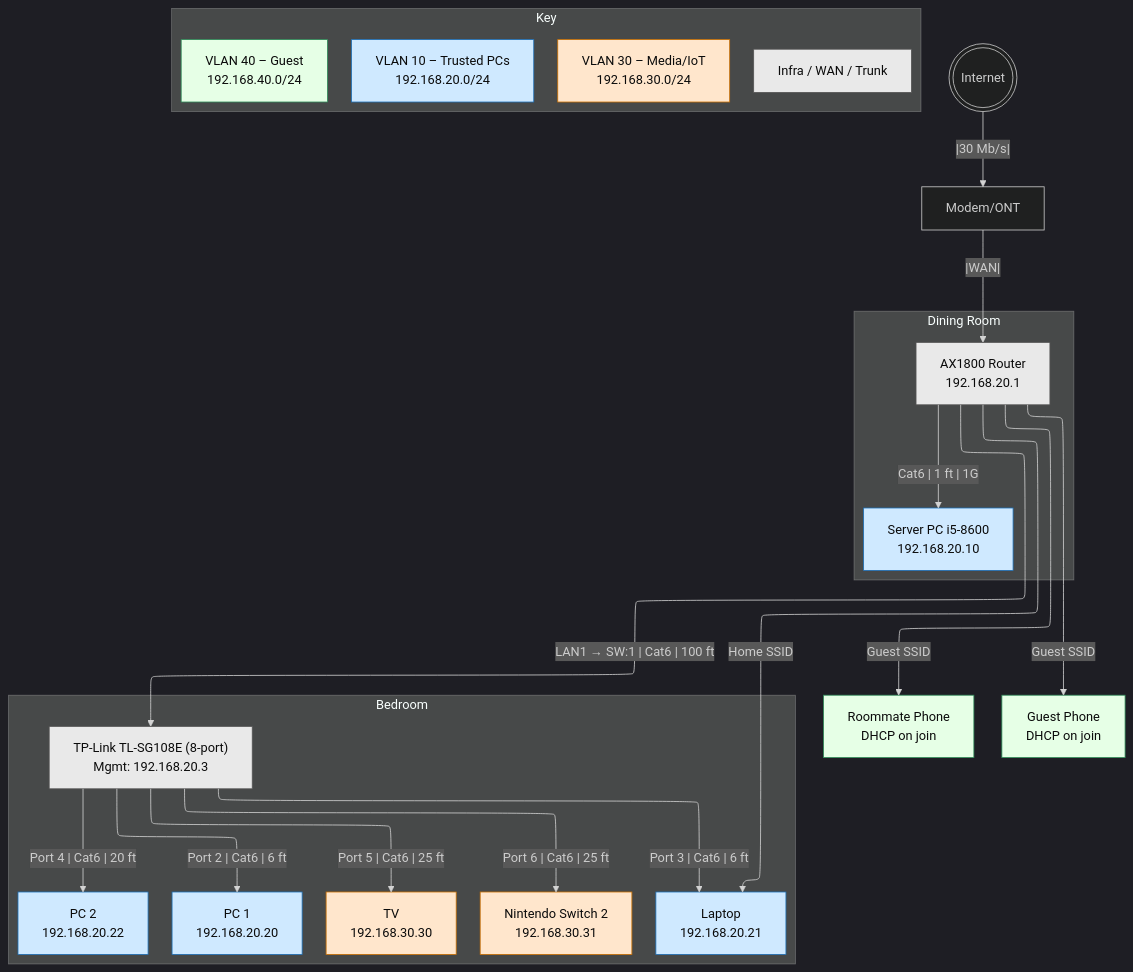
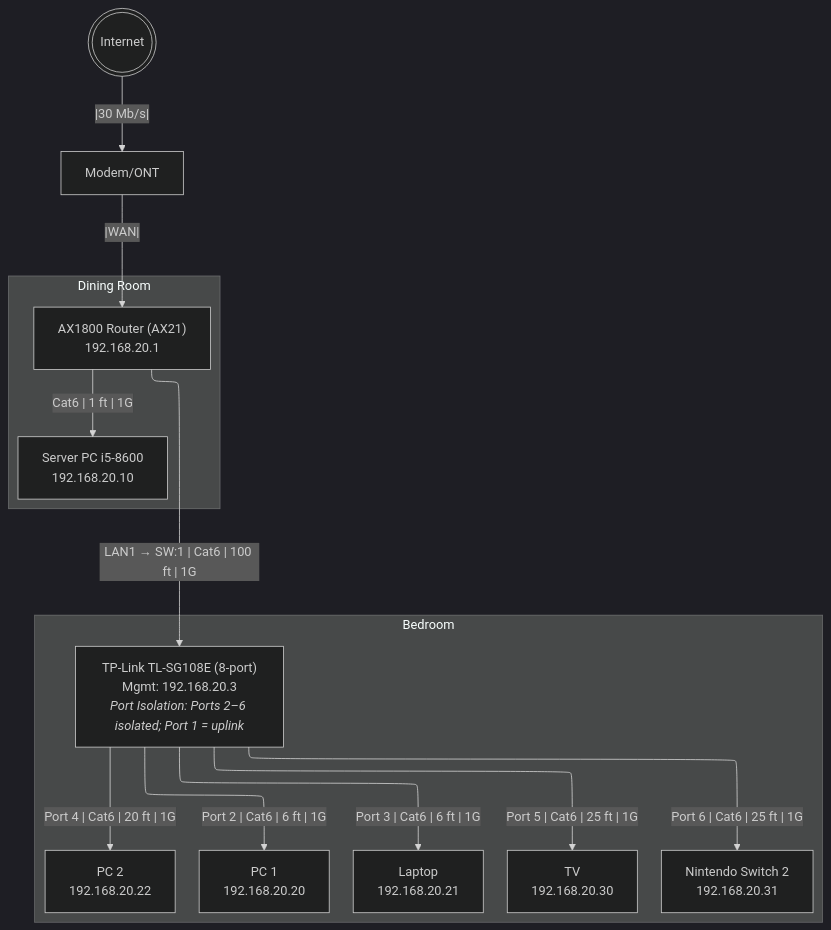
Before and after one commit to acageduser/Home-Lab: the diagram in Home Lab Network Map.md, drawn with Mermaid. The commit also changed other lines of this file, not shown here.

First line of the commit message:
Revise Home Lab Network Map and Documentation

````diff
--- a/Home Lab Network Map.md
+++ b/Home Lab Network Map.md
@@ -10,72 +6,36 @@
 ```mermaid
 ---
 config:
   theme: dark
   layout: elk
 ---
 flowchart TB
- subgraph LEGEND["Key"]
-        L10["VLAN 10 – Trusted PCs<br>192.168.20.0/24"]
-        L30["VLAN 30 – Media/IoT<br>192.168.30.0/24"]
-        L40["VLAN 40 – Guest<br>192.168.40.0/24"]
-        LINF["Infra / WAN / Trunk"]
- end
+  %% Core room
+  subgraph CORE["Dining Room"]
+    R["AX1800 Router (AX21)<br/>192.168.20.1"]
+    S["Server PC i5-8600<br/>192.168.20.10"]
+  end
 
- subgraph CORE["Dining Room"]
-        R["AX1800 Router<br>192.168.20.1"]
-        S["Server PC i5-8600<br>192.168.20.10"]
- end
+  %% Remote room
+  subgraph REMOTE["Bedroom"]
+    SW["TP-Link TL-SG108E (8-port)<br/>Mgmt: 192.168.20.3<br/><i>Port Isolation: Ports 2–6 isolated; Port 1 = uplink</i>"]
+    P1["PC 1<br/>192.168.20.20"]
+    L1["Laptop<br/>192.168.20.21"]
+    P2["PC 2<br/>192.168.20.22"]
+    TV["TV<br/>192.168.20.30"]
+    NS["Nintendo Switch 2<br/>192.168.20.31"]
+  end
 
- subgraph REMOTE["Bedroom"]
-        SW["TP-Link TL-SG108E (8-port)<br>Mgmt: 192.168.20.3"]
-        P1["PC 1<br>192.168.20.20"]
-        L1["Laptop<br>192.168.20.21"]
-        P2["PC 2<br>192.168.20.22"]
-        TV["TV<br>192.168.30.30"]
-        NS["Nintendo Switch 2<br>192.168.30.31"]
- end
+  %% WAN
+  ISP((("Internet"))) -- |30 Mb/s| --> M["Modem/ONT"]
+  M -- |WAN| --> R
 
- %% Wi-Fi clients (examples)
- G1["Roommate Phone<br>DHCP on join"]:::v40
- G2["Guest Phone<br>DHCP on join"]:::v40
-
- %% WAN
- ISP((("Internet"))) -- |30 Mb/s| --> M["Modem/ONT"]
- M -- |WAN| --> R
-
- %% Wired links (preferred label style)
- R -- Cat6 | 1 ft | 1G --> S
- R -- LAN1 → SW:1 | Cat6 | 100 ft --> SW
- SW -- Port 2 | Cat6 | 6 ft --> P1
- SW -- Port 3 | Cat6 | 6 ft --> L1
- SW -- Port 4 | Cat6 | 20 ft --> P2
- SW -- Port 5 | Cat6 | 25 ft --> TV
- SW -- Port 6 | Cat6 | 25 ft --> NS
-
- %% Wi-Fi associations
- R -- Home SSID --> L1
- R -- Guest SSID --> G1
- R -- Guest SSID --> G2
-
- %% Classes
- L10:::v10
- L30:::v30
- L40:::v40
- LINF:::infra
- R:::infra
- S:::v10
- SW:::infra
- P1:::v10
- L1:::v10
- P2:::v10
- TV:::v30
- NS:::v30
- G1:::v40
- G2:::v40
-
- %% Styles
- classDef v10 fill:#cfe9ff,stroke:#1d70b8,color:#0b0b0b
- classDef v30 fill:#ffe6cc,stroke:#cc7000,color:#0b0b0b
- classDef v40 fill:#e6ffe6,stroke:#2e8b57,color:#0b0b0b
- classDef infra fill:#e9e9e9,stroke:#555,color:#0b0b0b
+  %% Wired links (my label style)
+  R -- Cat6 | 1 ft | 1G --> S
+  R -- LAN1 → SW:1 | Cat6 | 100 ft | 1G --> SW
+  SW -- Port 2 | Cat6 | 6 ft | 1G --> P1
+  SW -- Port 3 | Cat6 | 6 ft | 1G --> L1
+  SW -- Port 4 | Cat6 | 20 ft | 1G --> P2
+  SW -- Port 5 | Cat6 | 25 ft | 1G --> TV
+  SW -- Port 6 | Cat6 | 25 ft | 1G --> NS
 ```
````
